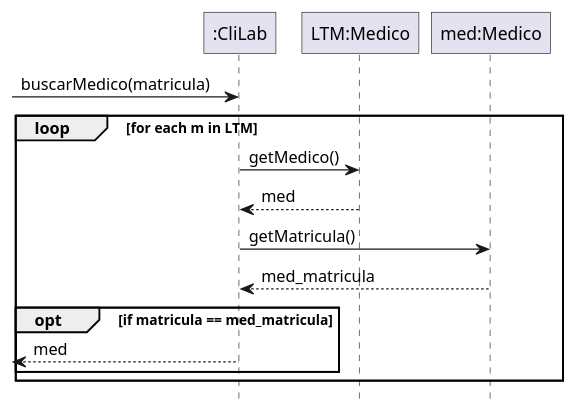
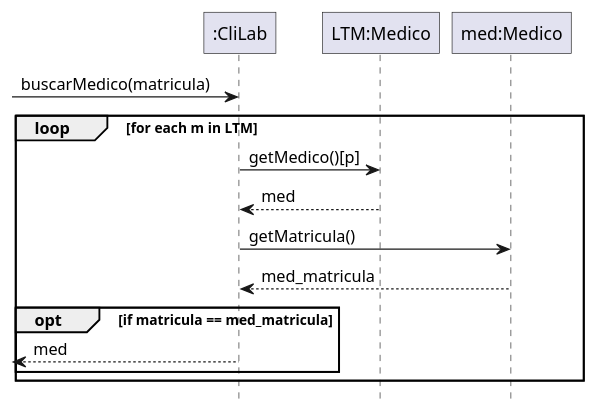
One commit to Z0SO/UML-Practice changed the fourth of 7 diagrams in 1-Repaso recuperatorio/Repaso Recuperatorio.md. Above: the diagram before and after it, drawn with PlantUML. The commit also changed other lines of this file, not shown here.

````diff
--- a/1-Repaso recuperatorio/Repaso Recuperatorio.md
+++ b/1-Repaso recuperatorio/Repaso Recuperatorio.md
@@ -372,47 +372,47 @@
 ```plantuml
 @startuml
 
 hide footbox
 
 skinparam participant {
   RoundCorner 0
 }
 
 
 participant ":CliLab" as sistema
 participant "LTM:Medico" as ltm
 
 participant "med:Medico" as medico
 
 
 
 ' Parte del diagrama
 ' ESTO ES LA BUSQUEDA DE MANERA ELEMENTAL
 
 
 
 
 sistema <-[ : buscarMedico(matricula)
 
 loop for each m in LTM
 
-    sistema -> ltm: getMedico()
+    sistema -> ltm: getMedico()[p]
     ltm --> sistema: med
 
     sistema -> medico: getMatricula()
     medico --> sistema: med_matricula
 
     opt if matricula == med_matricula
        'version de lautaro que lo censuraron
         ' break
         '     sistema -->[ : med 
         ' end
 
         ' version de mujeres opresoras
         sistema -->[ : med
     end
 end
 
 
 @enduml
 ```
````
